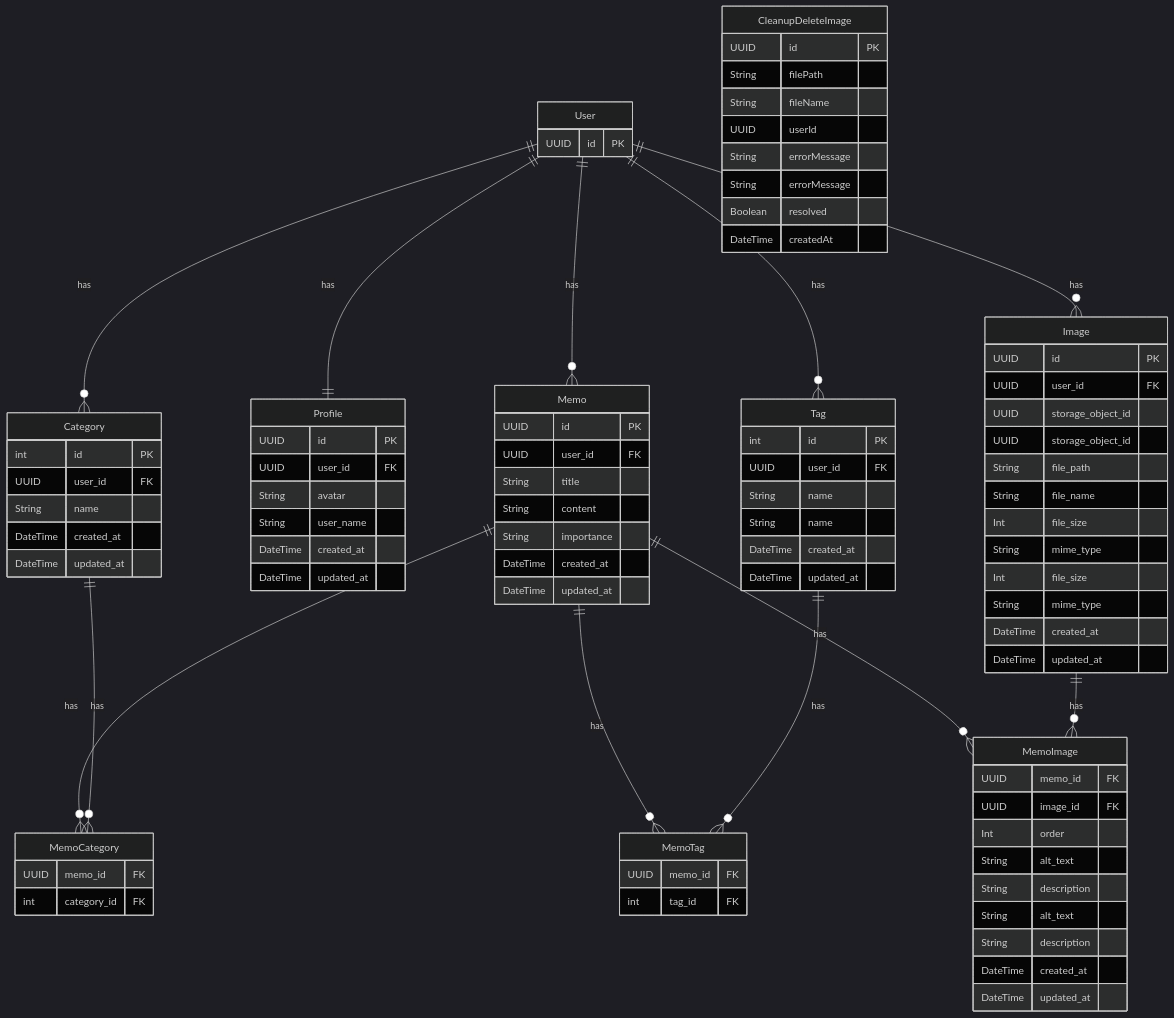
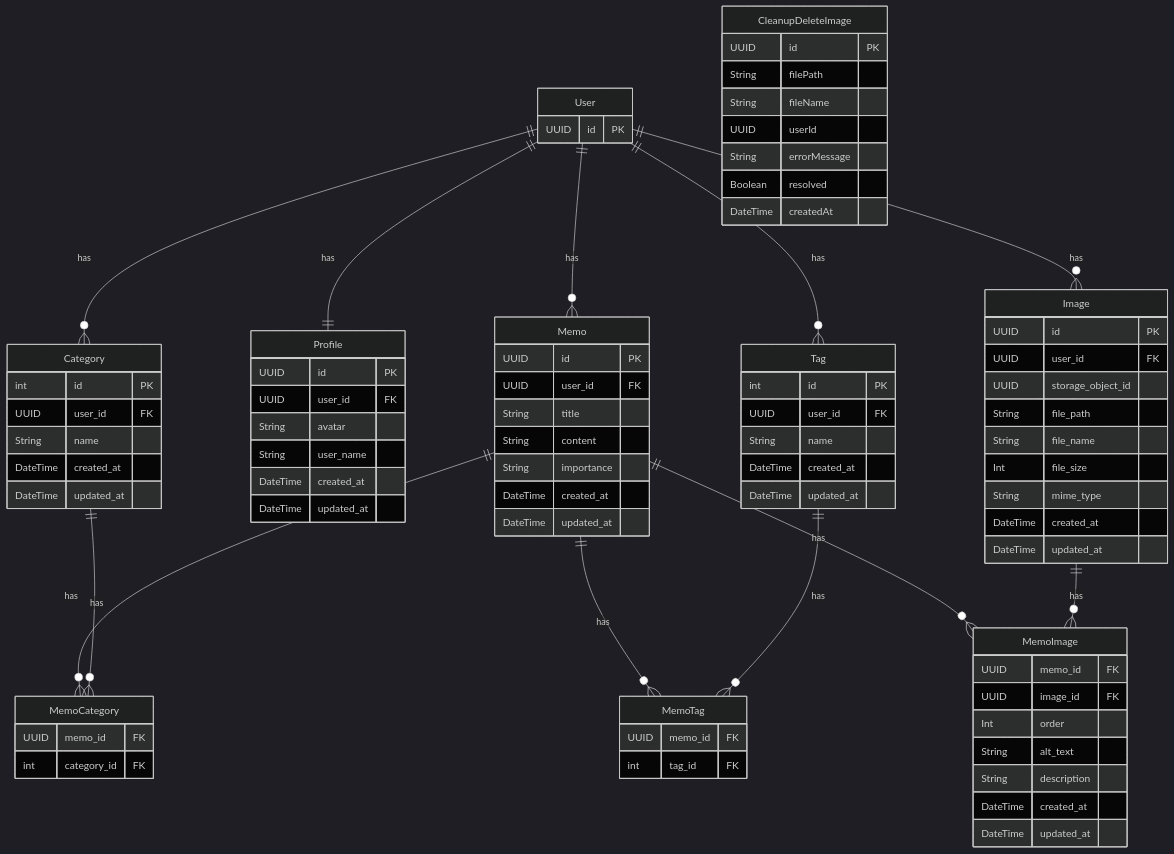
Before and after one commit to k-gitest/react-spa-architecture: the second of 2 diagrams in README.md, drawn with Mermaid (dark theme). The commit also changed other lines of this file, not shown here.

```diff
--- a/README.md
+++ b/README.md
@@ -196,7 +196,6 @@
     int id PK
     UUID user_id FK
     String name
-    String name
     DateTime created_at
     DateTime updated_at
   }
@@ -210,11 +209,8 @@
     UUID id PK
     UUID user_id FK
     UUID storage_object_id
-    UUID storage_object_id
     String file_path
     String file_name
-    Int file_size
-    String mime_type
     Int file_size
     String mime_type
     DateTime created_at
@@ -227,8 +223,6 @@
     Int order
     String alt_text
     String description
-    String alt_text
-    String description
     DateTime created_at
     DateTime updated_at
   }
@@ -239,7 +233,6 @@
     String fileName
     UUID userId
     String errorMessage
-    String errorMessage
     Boolean resolved
     DateTime createdAt
   }
```
